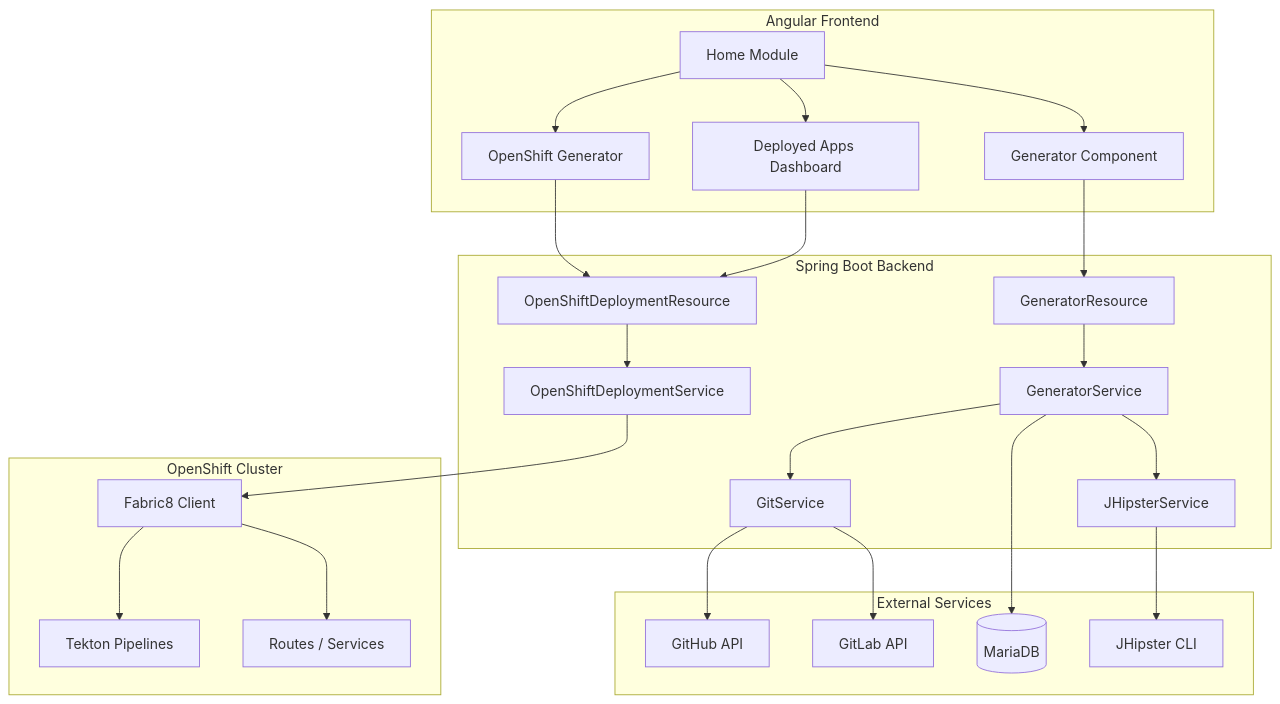
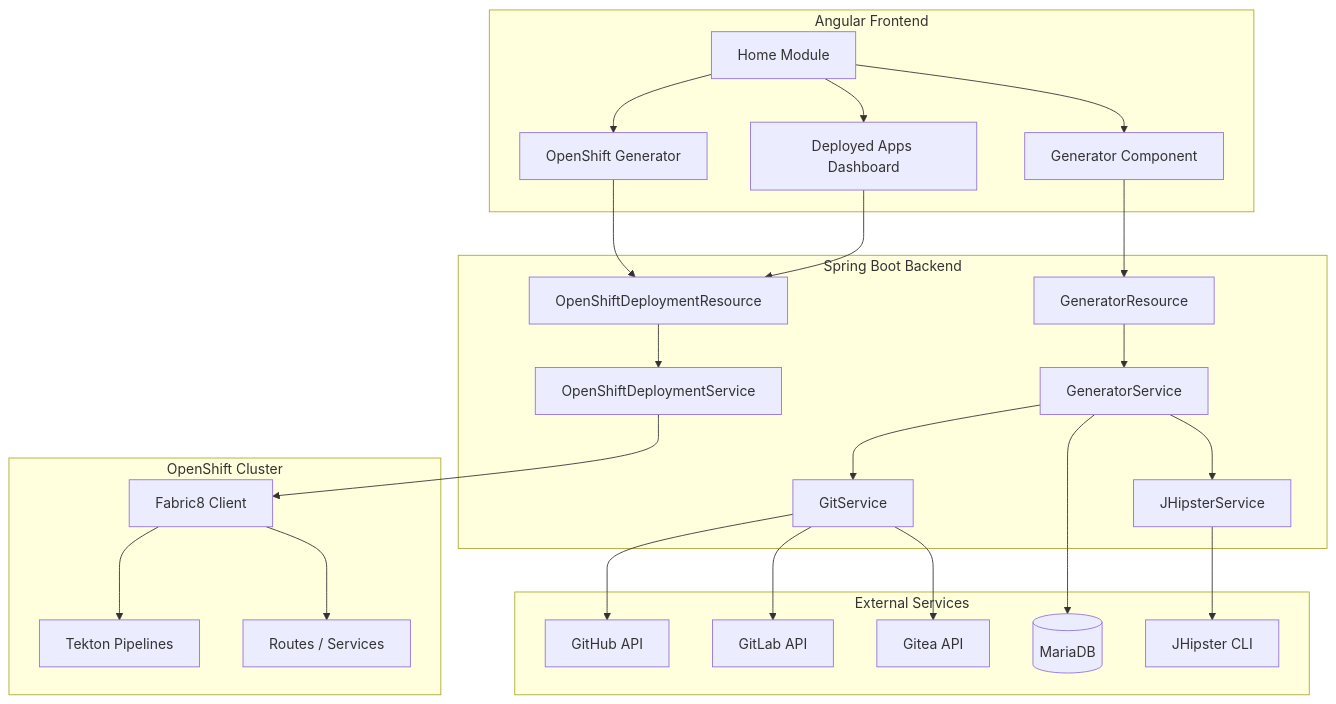
The first of 2 diagrams in ARCHITECTURE.md (redhat-developer-demos/jhipster-online), drawn with Mermaid before and after one commit. The commit also changed other lines of this file and 2 other files, not shown here.

First line of the commit message:
docs: add Gitea config, multi-model AI, semantic RAG, and strip SNAPSHOT from tags

````diff
--- a/ARCHITECTURE.md
+++ b/ARCHITECTURE.md
@@ -32,49 +32,51 @@
 ```mermaid
 graph TD
     subgraph frontend [Angular Frontend]
         HomeUI[Home Module]
         GenUI[Generator Component]
         OsGenUI[OpenShift Generator]
         DeployedUI[Deployed Apps Dashboard]
     end
 
     subgraph backend [Spring Boot Backend]
         GenRest[GeneratorResource]
         OsRest[OpenShiftDeploymentResource]
         GenSvc[GeneratorService]
         OsSvc[OpenShiftDeploymentService]
         JHSvc[JHipsterService]
         GitSvc[GitService]
     end
 
     subgraph external [External Services]
         GH[GitHub API]
         GL[GitLab API]
+        GT[Gitea API]
         DB[(MariaDB)]
         CLI[JHipster CLI]
     end
 
     subgraph cluster [OpenShift Cluster]
         F8[Fabric8 Client]
         Tekton[Tekton Pipelines]
         Routes[Routes / Services]
     end
 
     HomeUI --> GenUI
     HomeUI --> OsGenUI
     HomeUI --> DeployedUI
     GenUI --> GenRest
     OsGenUI --> OsRest
     DeployedUI --> OsRest
     GenRest --> GenSvc
     OsRest --> OsSvc
     GenSvc --> JHSvc
     GenSvc --> GitSvc
     JHSvc --> CLI
     GitSvc --> GH
     GitSvc --> GL
+    GitSvc --> GT
     GenSvc --> DB
     OsSvc --> F8
     F8 --> Tekton
     F8 --> Routes
 ```
````
